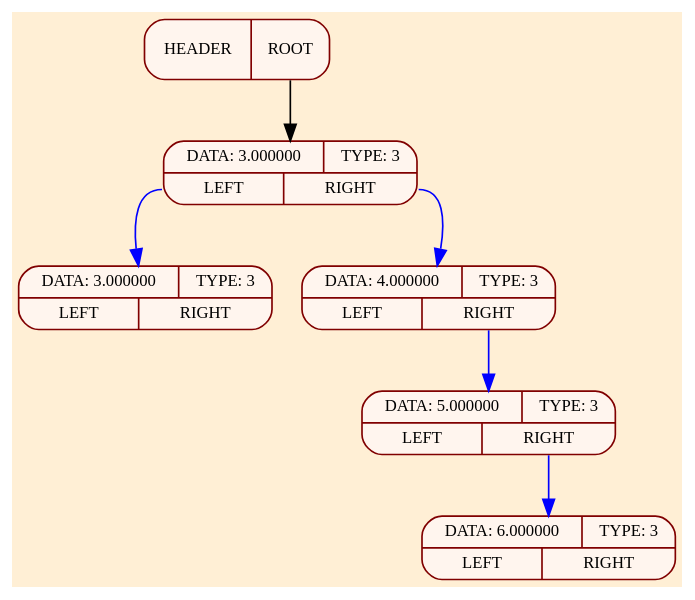
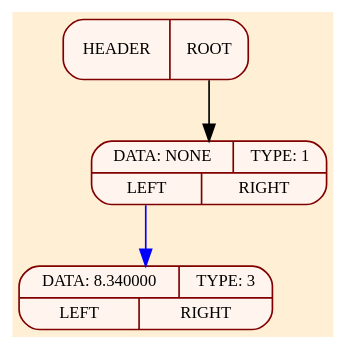
The diagram in tree_test.dot (dmitry131131/Simple_akinator), drawn with Graphviz before and after one commit. The commit also changed 5 other files, not shown here.

```diff
--- a/tree_test.dot
+++ b/tree_test.dot
@@ -1,18 +1,12 @@
 digraph G{
 rankdir = TB;
 bgcolor = "#FFEFD5";
 node[color = "#800000", fontsize = 10];
 edge[color = "#800000", fontsize = 15];
 
-105827994173456 [shape = Mrecord, style = filled, fillcolor = "#FFF5EE", color = "#800000", label = " {{DATA: 3.000000 | TYPE: 3} | {<fl> LEFT | <fr> RIGHT}} "];
-105827994173712 [shape = Mrecord, style = filled, fillcolor = "#FFF5EE", color = "#800000", label = " {{DATA: 3.000000 | TYPE: 3} | {<fl> LEFT | <fr> RIGHT}} "];
-105827994173456:<fl> -> 105827994173712 [weight = 1, color = "#0000ff"];
-105827994173520 [shape = Mrecord, style = filled, fillcolor = "#FFF5EE", color = "#800000", label = " {{DATA: 4.000000 | TYPE: 3} | {<fl> LEFT | <fr> RIGHT}} "];
-105827994173456:<fr> -> 105827994173520 [weight = 1, color = "#0000ff"];
-105827994173584 [shape = Mrecord, style = filled, fillcolor = "#FFF5EE", color = "#800000", label = " {{DATA: 5.000000 | TYPE: 3} | {<fl> LEFT | <fr> RIGHT}} "];
-105827994173520:<fr> -> 105827994173584 [weight = 1, color = "#0000ff"];
-105827994173648 [shape = Mrecord, style = filled, fillcolor = "#FFF5EE", color = "#800000", label = " {{DATA: 6.000000 | TYPE: 3} | {<fl> LEFT | <fr> RIGHT}} "];
-105827994173584:<fr> -> 105827994173648 [weight = 1, color = "#0000ff"];
+105827994173456 [shape = Mrecord, style = filled, fillcolor = "#FFF5EE", color = "#800000", label = " {{DATA: NONE | TYPE: 1} | {<fl> LEFT | <fr> RIGHT}} "];
+105827994173520 [shape = Mrecord, style = filled, fillcolor = "#FFF5EE", color = "#800000", label = " {{DATA: 8.340000 | TYPE: 3} | {<fl> LEFT | <fr> RIGHT}} "];
+105827994173456:<fl> -> 105827994173520 [weight = 1, color = "#0000ff"];
 All[shape = Mrecord, label = " HEADER | <f1> ROOT", style = "filled", fillcolor = "#FFF5EE"];
 All:<f1> -> 105827994173456 [color = "#000000"];
 }
```
